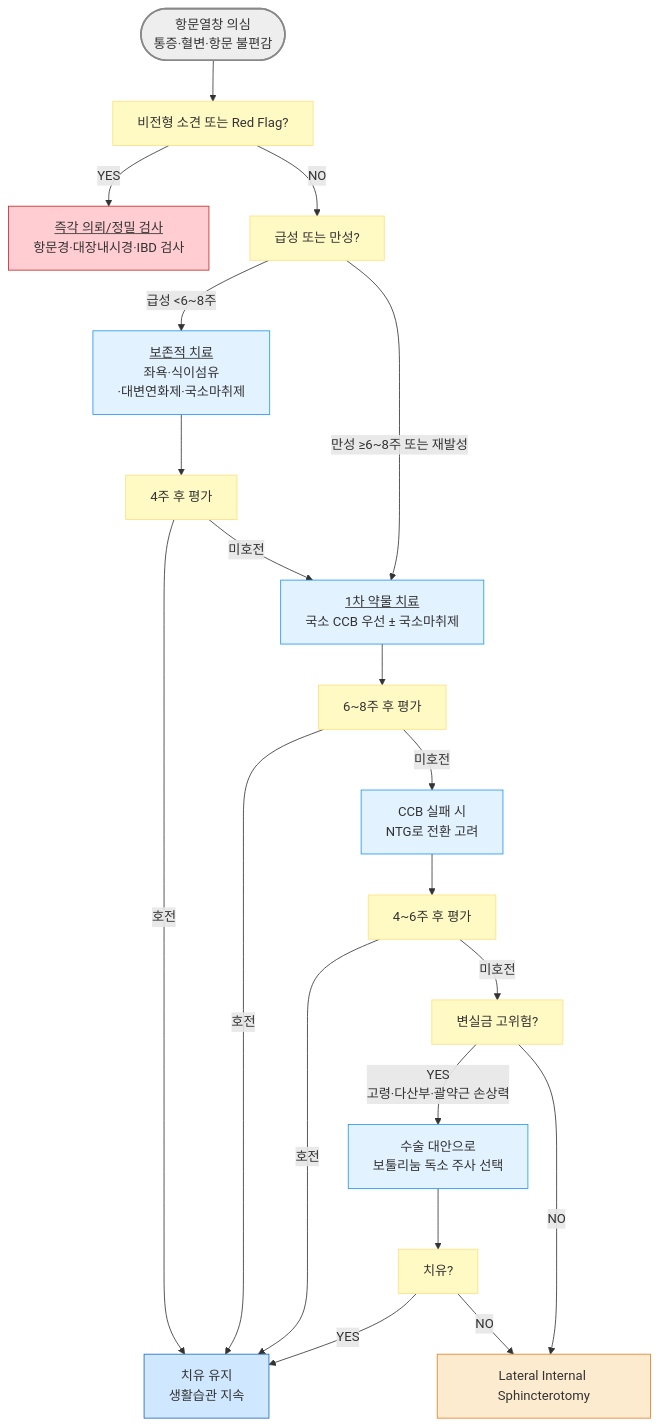
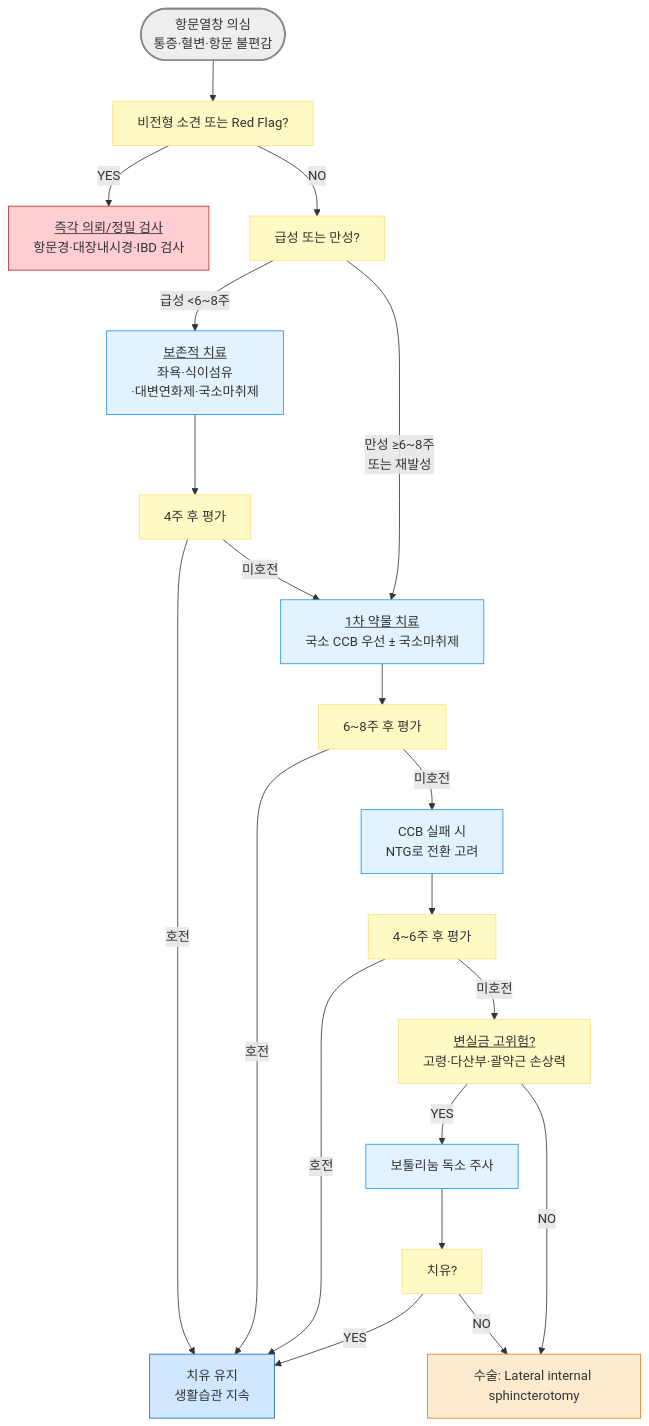
One commit to familyoh77/familyoh77 changed the diagram in 224_/090_-anal-fissure.md. Above: the diagram before and after it, drawn with Mermaid. The commit also changed other lines of this file, not shown here.

````diff
--- a/224_/090_-anal-fissure.md
+++ b/224_/090_-anal-fissure.md
@@ -90,30 +90,30 @@
 ```mermaid
 graph TD
     A([항문열창 의심<br/>통증·혈변·항문 불편감]) --> B[비전형 소견 또는 Red Flag?]
     B -- YES --> C[<u>즉각 의뢰/정밀 검사</u><br/>항문경·대장내시경·IBD 검사]
     B -- NO --> D[급성 또는 만성?]
     D -- "급성 <6~8주" --> E[<u>보존적 치료</u><br/>좌욕·식이섬유<br/>·대변연화제·국소마취제]
-    D -- "만성 ≥6~8주 또는 재발성" --> G
+    D -- "만성 ≥6~8주 <br/>또는 재발성" --> G
     E --> F[4주 후 평가]
     F -- 호전 --> Z[치유 유지<br/>생활습관 지속]
     F -- 미호전 --> G[<u>1차 약물 치료</u><br/>국소 CCB 우선 ± 국소마취제]
     G --> H[6~8주 후 평가]
     H -- 호전 --> Z
     H -- 미호전 --> G2[CCB 실패 시 <br/>NTG로 전환 고려]
     G2 --> H2[4~6주 후 평가]
     H2 -- 호전 --> Z
-    H2 -- 미호전 --> I[변실금 고위험?]
-    I -- "YES<br/>고령·다산부·괄약근 손상력" --> J[수술 대안으로 <br/>보툴리눔 독소 주사 선택]
-    I -- NO --> K[Lateral Internal Sphincterotomy]
+    H2 -- 미호전 --> I[<u>변실금 고위험?</u><br/>고령·다산부·괄약근 손상력]
+    I -- "YES" --> J[보툴리눔 독소 주사]
+    I -- NO --> K[수술: Lateral internal sphincterotomy]
     J --> L[치유?]
     L -- YES --> Z
     L -- NO --> K
     style A fill:#eeeeee,stroke:#888888,stroke-width:2px
     classDef yellow fill:#fff9c4,stroke:#ffe082
     class B,D,I,F,H,H2,L yellow
     style C fill:#ffcdd2,stroke:#c62828
     classDef sky fill:#e3f2ff,stroke:#2196f3
     class E,G,G2,J sky
     style Z fill:#d0e8ff,stroke:#1a6abf
     style K fill:#fdebd0,stroke:#e67e22
 ```
````
